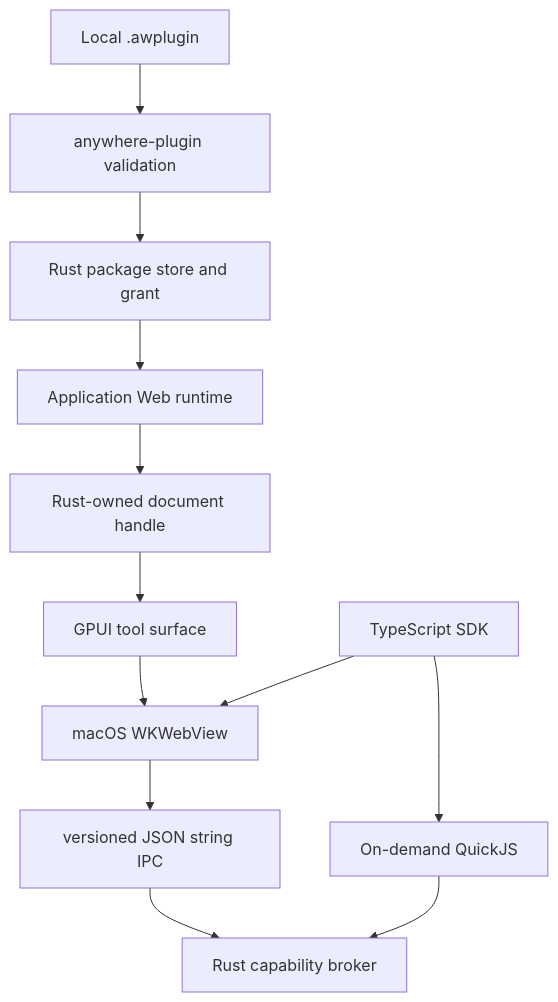
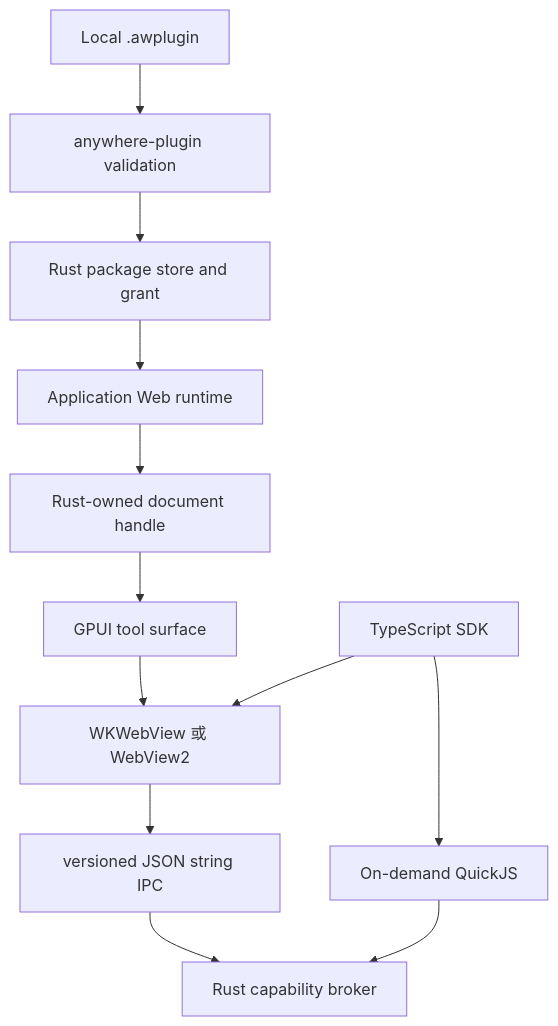
One commit to FantasyDream/Anywhere changed the diagram in docs/web-plugin-design.md. Above: the diagram before and after it, drawn with Mermaid. The commit also changed other lines of this file and 341 other files, not shown here.

````diff
--- a/docs/web-plugin-design.md
+++ b/docs/web-plugin-design.md
@@ -20,14 +20,14 @@
 ```mermaid
 flowchart TD
   Package[Local .awplugin] --> Validate[anywhere-plugin validation]
   Validate --> Store[Rust package store and grant]
   Store --> Runtime[Application Web runtime]
   Runtime --> Handle[Rust-owned document handle]
   Handle --> GPUI[GPUI tool surface]
-  GPUI --> WebView[macOS WKWebView]
+  GPUI --> WebView[WKWebView 或 WebView2]
   WebView --> IPC[versioned JSON string IPC]
   IPC --> Broker[Rust capability broker]
   Background[On-demand QuickJS] --> Broker
   SDK[TypeScript SDK] --> WebView
   SDK --> Background
 ```
````
